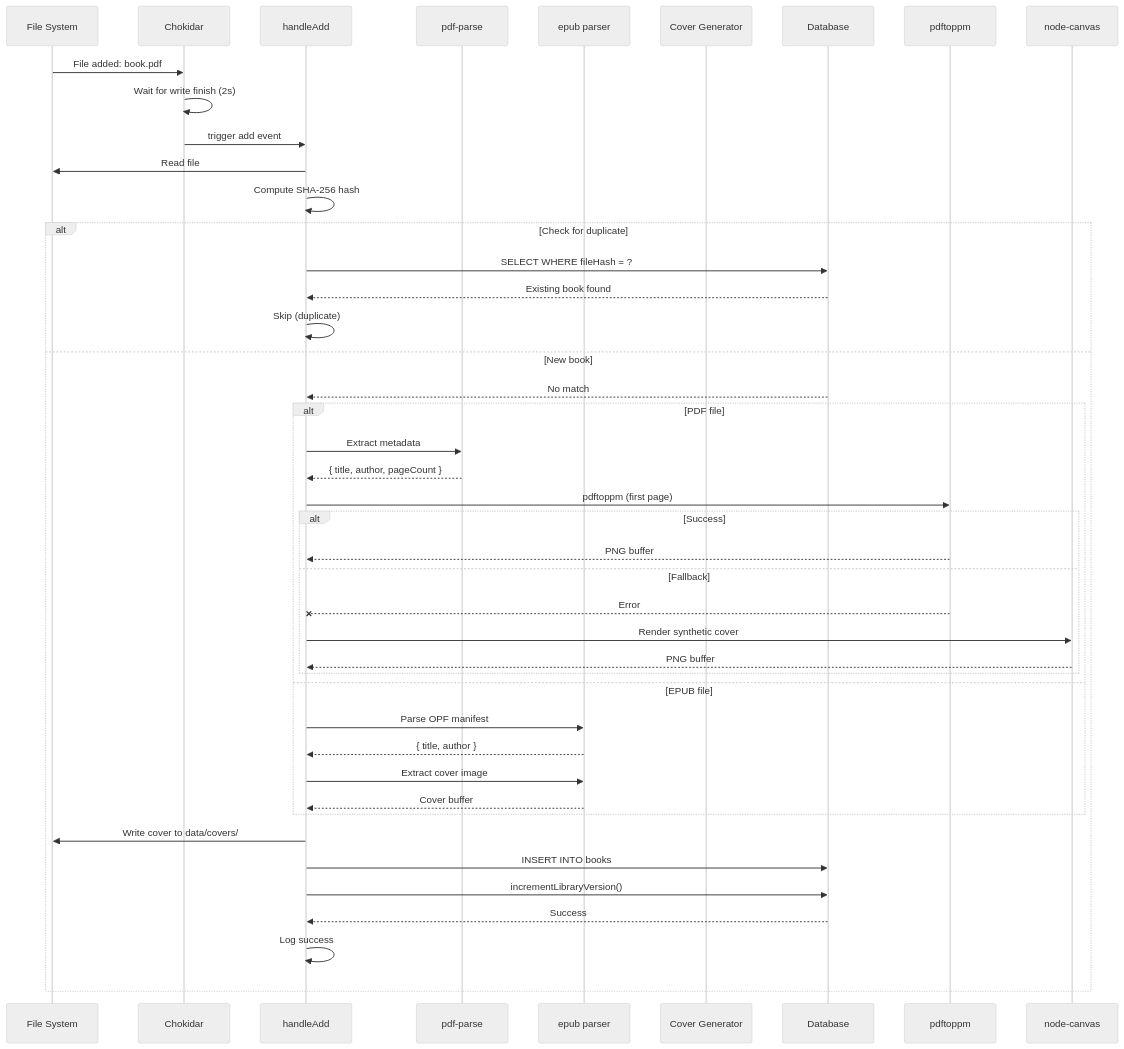
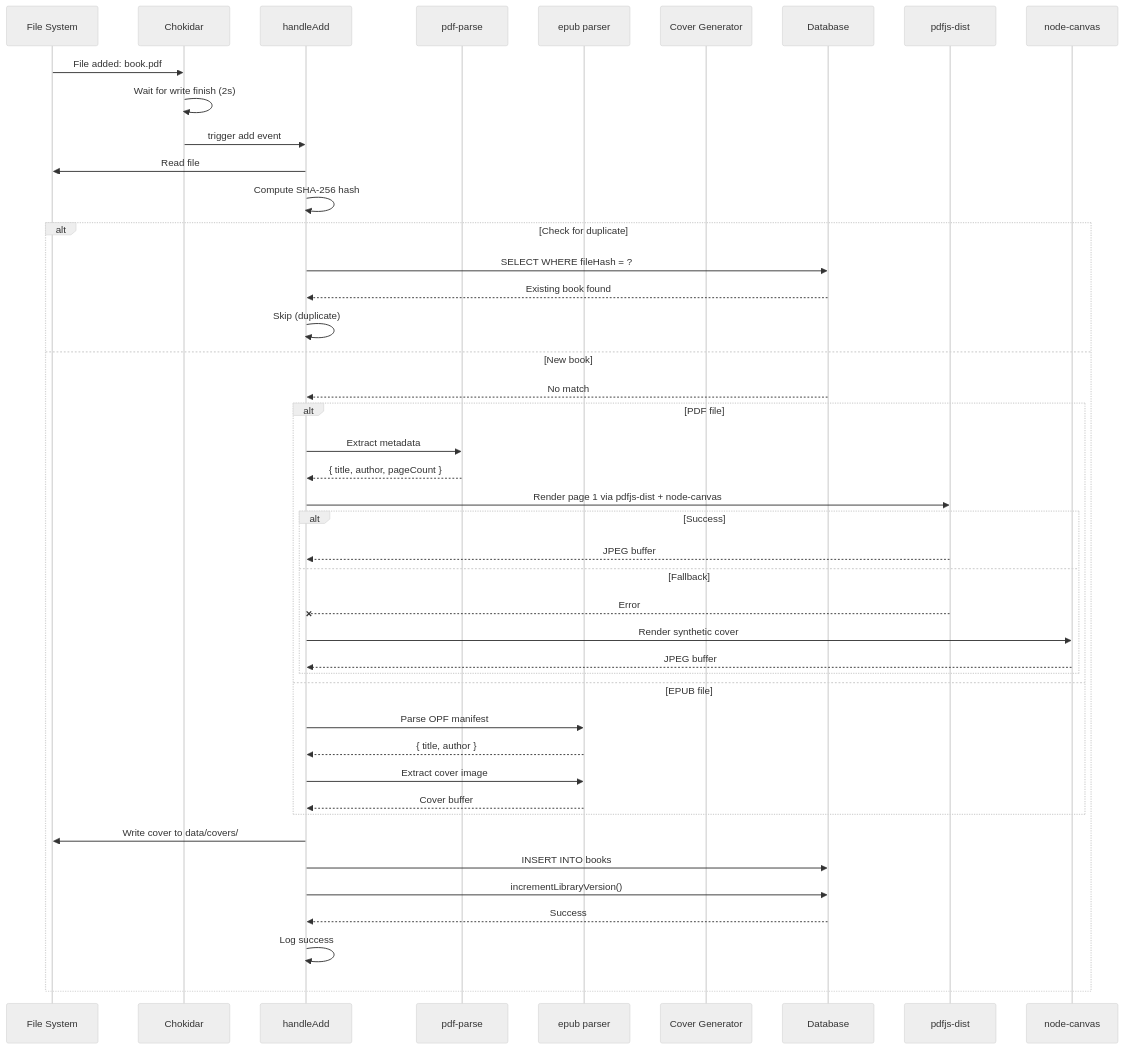
The second of 9 diagrams in docs/design/sequence-diagrams.md (jamesacklin/alex), drawn with Mermaid (neutral theme) before and after one commit. The commit also changed other lines of this file and 5 other files, not shown here.

First line of the commit message:
replace pdftoppm with pdfjs-dist for PDF cover generation

````diff
--- a/docs/design/sequence-diagrams.md
+++ b/docs/design/sequence-diagrams.md
@@ -82,52 +82,52 @@
 ```mermaid
 sequenceDiagram
     participant FS as File System
     participant Chokidar
     participant Handler as handleAdd
     participant PDF as pdf-parse
     participant EPUB as epub parser
     participant CoverGen as Cover Generator
     participant DB as Database
-    participant Poppler as pdftoppm
+    participant PdfJs as pdfjs-dist
     participant Canvas as node-canvas
 
     FS->>Chokidar: File added: book.pdf
     Chokidar->>Chokidar: Wait for write finish (2s)
     Chokidar->>Handler: trigger add event
 
     Handler->>FS: Read file
     Handler->>Handler: Compute SHA-256 hash
 
     alt Check for duplicate
         Handler->>DB: SELECT WHERE fileHash = ?
         DB-->>Handler: Existing book found
         Handler->>Handler: Skip (duplicate)
     else New book
         DB-->>Handler: No match
 
         alt PDF file
             Handler->>PDF: Extract metadata
             PDF-->>Handler: { title, author, pageCount }
-            Handler->>Poppler: pdftoppm (first page)
+            Handler->>PdfJs: Render page 1 via pdfjs-dist + node-canvas
             alt Success
-                Poppler-->>Handler: PNG buffer
+                PdfJs-->>Handler: JPEG buffer
             else Fallback
-                Poppler--xHandler: Error
+                PdfJs--xHandler: Error
                 Handler->>Canvas: Render synthetic cover
-                Canvas-->>Handler: PNG buffer
+                Canvas-->>Handler: JPEG buffer
             end
         else EPUB file
             Handler->>EPUB: Parse OPF manifest
             EPUB-->>Handler: { title, author }
             Handler->>EPUB: Extract cover image
             EPUB-->>Handler: Cover buffer
         end
 
         Handler->>FS: Write cover to data/covers/
         Handler->>DB: INSERT INTO books
         Handler->>DB: incrementLibraryVersion()
         DB-->>Handler: Success
 
         Handler->>Handler: Log success
     end
 ```
````
